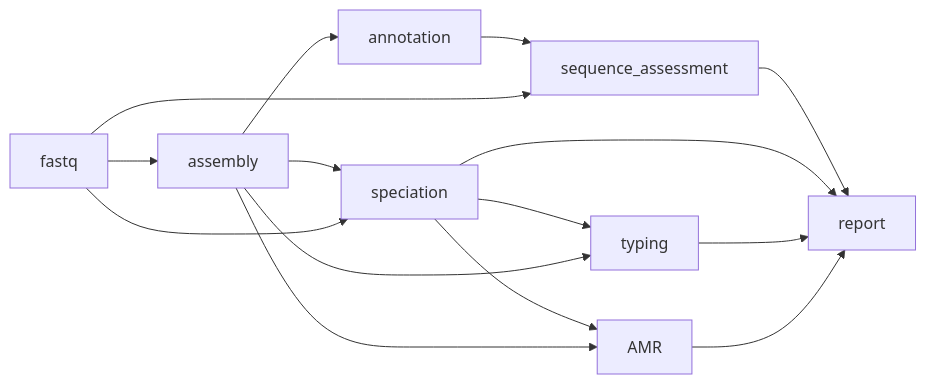
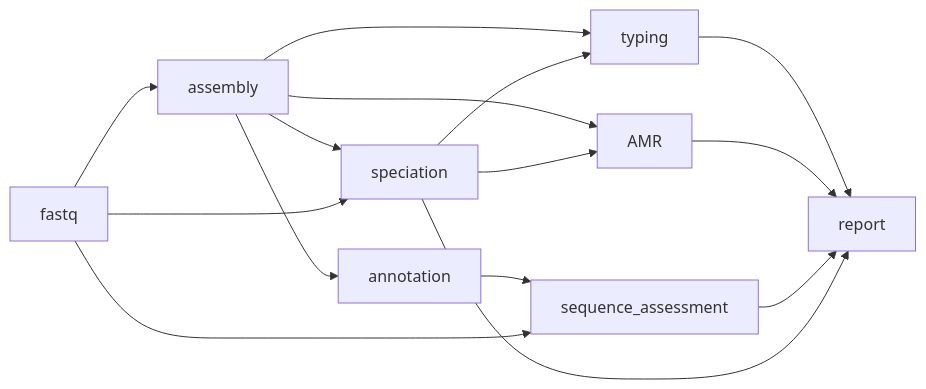
The third of 6 diagrams in docs/index.md (MDU-PHL/bohra), drawn with Mermaid before and after one commit. The commit also changed other lines of this file and 3 other files, not shown here.

````diff
--- a/docs/index.md
+++ b/docs/index.md
@@ -58,11 +58,11 @@
 ```mermaid
 flowchart LR
 fastq --> assembly --> annotation --> sequence_assessment
+assembly --> typing
+assembly --> AMR
 assembly --> speciation
+speciation --> typing --> report
+speciation --> AMR --> report
 fastq --> sequence_assessment --> report
 fastq --> speciation --> report
-speciation --> typing --> report
-assembly --> typing
-speciation --> AMR --> report
-assembly --> AMR
 ```
````
